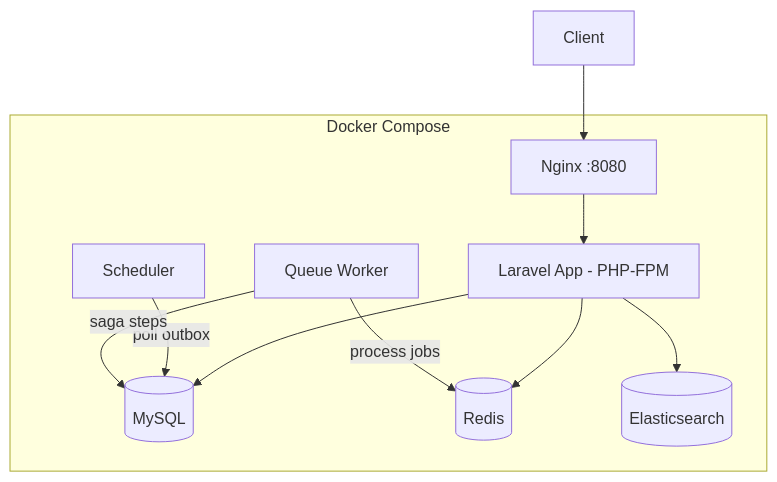
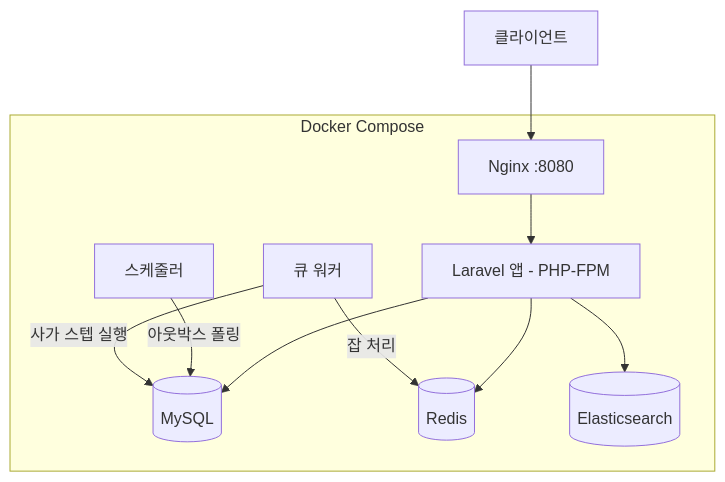
The diagram in README.md (alswns612/order-orchestrator-laravel), drawn with Mermaid before and after one commit. The commit also changed other lines of this file and 1 other file, not shown here.

````diff
--- a/README.md
+++ b/README.md
@@ -16,22 +16,22 @@
 ```mermaid
 graph TB
-    Client[Client] --> Nginx[Nginx :8080]
-    Nginx --> App[Laravel App - PHP-FPM]
+    Client[클라이언트] --> Nginx[Nginx :8080]
+    Nginx --> App[Laravel 앱 - PHP-FPM]
     App --> MySQL[(MySQL)]
     App --> Redis[(Redis)]
     App --> ES[(Elasticsearch)]
 
-    Scheduler[Scheduler] --> |poll outbox| MySQL
-    QueueWorker[Queue Worker] --> |process jobs| Redis
-    QueueWorker --> |saga steps| MySQL
+    Scheduler[스케줄러] --> |아웃박스 폴링| MySQL
+    QueueWorker[큐 워커] --> |잡 처리| Redis
+    QueueWorker --> |사가 스텝 실행| MySQL
 
     subgraph Docker Compose
         Nginx
         App
         MySQL
         Redis
         ES
         Scheduler
         QueueWorker
     end
 ```
````
